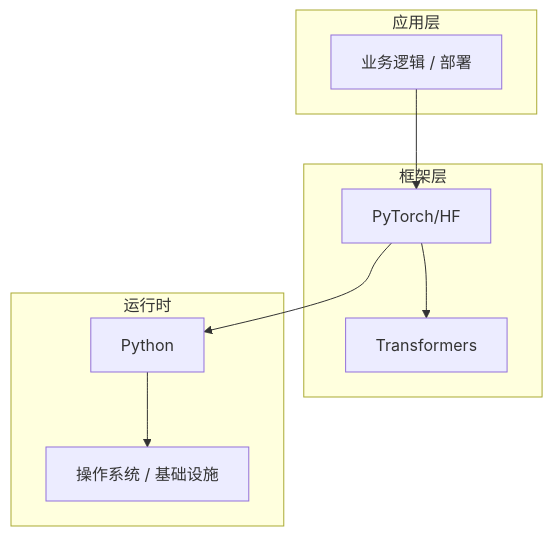
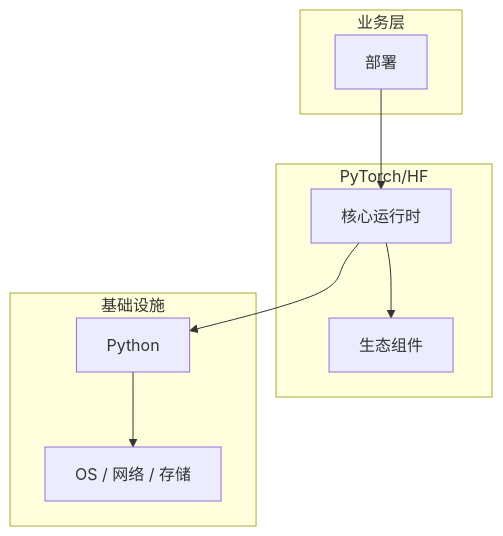
Before and after one commit to yanggan2015/knowledge-json-v2: the diagram in articles/大语言模型/chapters/137-部署核心概念与原理.md, drawn with Mermaid. The commit also changed other lines of this file and 10127 other files, not shown here.

````diff
--- a/articles/大语言模型/chapters/137-部署核心概念与原理.md
+++ b/articles/大语言模型/chapters/137-部署核心概念与原理.md
@@ -45,18 +30,18 @@
 ```mermaid
 graph TB
-    subgraph 应用层
-        A[业务逻辑 / 部署]
+    subgraph 业务层
+        A[部署]
     end
-    subgraph 框架层
-        B[PyTorch/HF]
-        C[Transformers]
+    subgraph PyTorch/HF
+        B[核心运行时]
+        C[生态组件]
     end
-    subgraph 运行时
+    subgraph 基础设施
         D[Python]
-        E[操作系统 / 基础设施]
+        E[OS / 网络 / 存储]
     end
     A --> B
     B --> C
     B --> D
     D --> E
 ```
````
